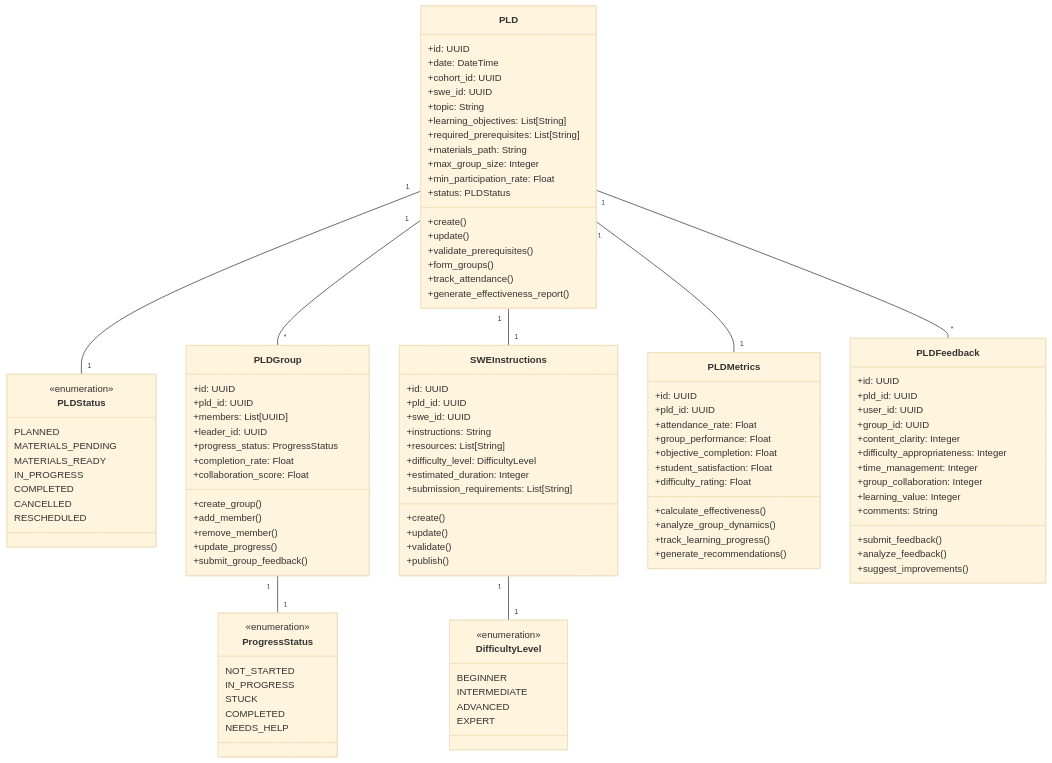
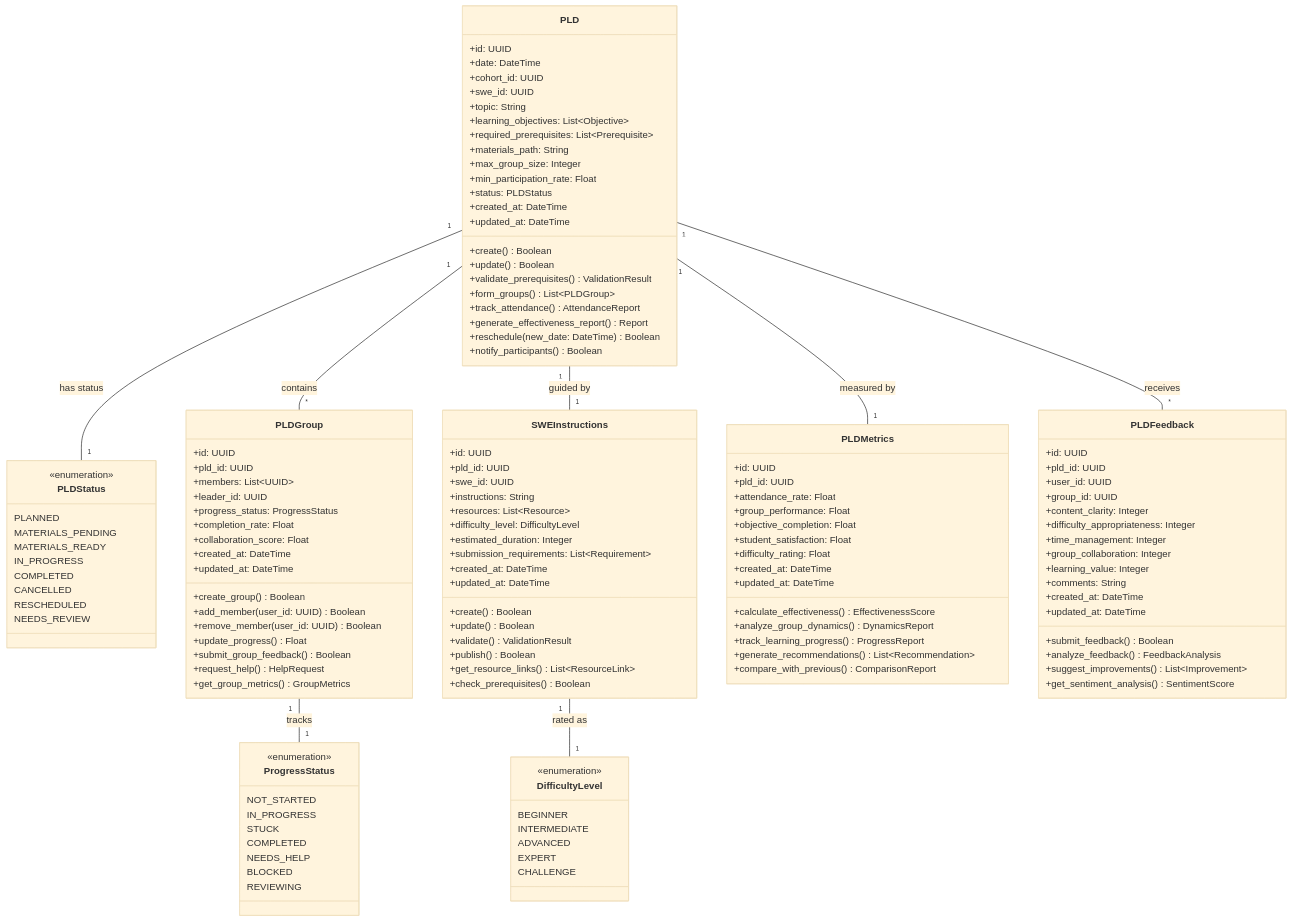
Before and after one commit to Noziop/holberton_rituals: the diagram in docs/uml/rituals/pld.mmd, drawn with Mermaid (base theme). The commit also changed 8 other files, not shown here.

First line of the commit message:
feat(uml): enhance all diagrams with detailed specifications

```diff
--- a/docs/uml/rituals/pld.mmd
+++ b/docs/uml/rituals/pld.mmd
@@ -1,116 +1,139 @@
 classDiagram
+    %% PLD Management System
     class PLD {
         +id: UUID
         +date: DateTime
         +cohort_id: UUID
         +swe_id: UUID
         +topic: String
-        +learning_objectives: List[String]
-        +required_prerequisites: List[String]
+        +learning_objectives: List~Objective~
+        +required_prerequisites: List~Prerequisite~
         +materials_path: String
         +max_group_size: Integer
         +min_participation_rate: Float
         +status: PLDStatus
-        +create()
-        +update()
-        +validate_prerequisites()
-        +form_groups()
-        +track_attendance()
-        +generate_effectiveness_report()
+        +created_at: DateTime
+        +updated_at: DateTime
+        +create() Boolean
+        +update() Boolean
+        +validate_prerequisites() ValidationResult
+        +form_groups() List~PLDGroup~
+        +track_attendance() AttendanceReport
+        +generate_effectiveness_report() Report
+        +reschedule(new_date: DateTime) Boolean
+        +notify_participants() Boolean
     }
 
     class PLDStatus {
         <<enumeration>>
         PLANNED
         MATERIALS_PENDING
         MATERIALS_READY
         IN_PROGRESS
         COMPLETED
         CANCELLED
         RESCHEDULED
+        NEEDS_REVIEW
     }
 
     class PLDGroup {
         +id: UUID
         +pld_id: UUID
-        +members: List[UUID]
+        +members: List~UUID~
         +leader_id: UUID
         +progress_status: ProgressStatus
         +completion_rate: Float
         +collaboration_score: Float
-        +create_group()
-        +add_member()
-        +remove_member()
-        +update_progress()
-        +submit_group_feedback()
+        +created_at: DateTime
+        +updated_at: DateTime
+        +create_group() Boolean
+        +add_member(user_id: UUID) Boolean
+        +remove_member(user_id: UUID) Boolean
+        +update_progress() Float
+        +submit_group_feedback() Boolean
+        +request_help() HelpRequest
+        +get_group_metrics() GroupMetrics
     }
 
     class ProgressStatus {
         <<enumeration>>
         NOT_STARTED
         IN_PROGRESS
         STUCK
         COMPLETED
         NEEDS_HELP
+        BLOCKED
+        REVIEWING
     }
 
     class SWEInstructions {
         +id: UUID
         +pld_id: UUID
         +swe_id: UUID
         +instructions: String
-        +resources: List[String]
+        +resources: List~Resource~
         +difficulty_level: DifficultyLevel
         +estimated_duration: Integer
-        +submission_requirements: List[String]
-        +create()
-        +update()
-        +validate()
-        +publish()
+        +submission_requirements: List~Requirement~
+        +created_at: DateTime
+        +updated_at: DateTime
+        +create() Boolean
+        +update() Boolean
+        +validate() ValidationResult
+        +publish() Boolean
+        +get_resource_links() List~ResourceLink~
+        +check_prerequisites() Boolean
     }
 
     class DifficultyLevel {
         <<enumeration>>
         BEGINNER
         INTERMEDIATE
         ADVANCED
         EXPERT
+        CHALLENGE
     }
 
     class PLDMetrics {
         +id: UUID
         +pld_id: UUID
         +attendance_rate: Float
         +group_performance: Float
         +objective_completion: Float
         +student_satisfaction: Float
         +difficulty_rating: Float
-        +calculate_effectiveness()
-        +analyze_group_dynamics()
-        +track_learning_progress()
-        +generate_recommendations()
+        +created_at: DateTime
+        +updated_at: DateTime
+        +calculate_effectiveness() EffectivenessScore
+        +analyze_group_dynamics() DynamicsReport
+        +track_learning_progress() ProgressReport
+        +generate_recommendations() List~Recommendation~
+        +compare_with_previous() ComparisonReport
     }
 
     class PLDFeedback {
         +id: UUID
         +pld_id: UUID
         +user_id: UUID
         +group_id: UUID
         +content_clarity: Integer
         +difficulty_appropriateness: Integer
         +time_management: Integer
         +group_collaboration: Integer
         +learning_value: Integer
         +comments: String
-        +submit_feedback()
-        +analyze_feedback()
-        +suggest_improvements()
+        +created_at: DateTime
+        +updated_at: DateTime
+        +submit_feedback() Boolean
+        +analyze_feedback() FeedbackAnalysis
+        +suggest_improvements() List~Improvement~
+        +get_sentiment_analysis() SentimentScore
     }
 
-    PLD "1" -- "1" PLDStatus
-    PLD "1" -- "*" PLDGroup
-    PLD "1" -- "1" SWEInstructions
-    PLD "1" -- "1" PLDMetrics
-    PLD "1" -- "*" PLDFeedback
-    PLDGroup "1" -- "1" ProgressStatus
-    SWEInstructions "1" -- "1" DifficultyLevel
+    PLD "1" -- "1" PLDStatus : has status
+    PLD "1" -- "*" PLDGroup : contains
+    PLD "1" -- "1" SWEInstructions : guided by
+    PLD "1" -- "1" PLDMetrics : measured by
+    PLD "1" -- "*" PLDFeedback : receives
+    PLDGroup "1" -- "1" ProgressStatus : tracks
+    SWEInstructions "1" -- "1" DifficultyLevel : rated as
```
